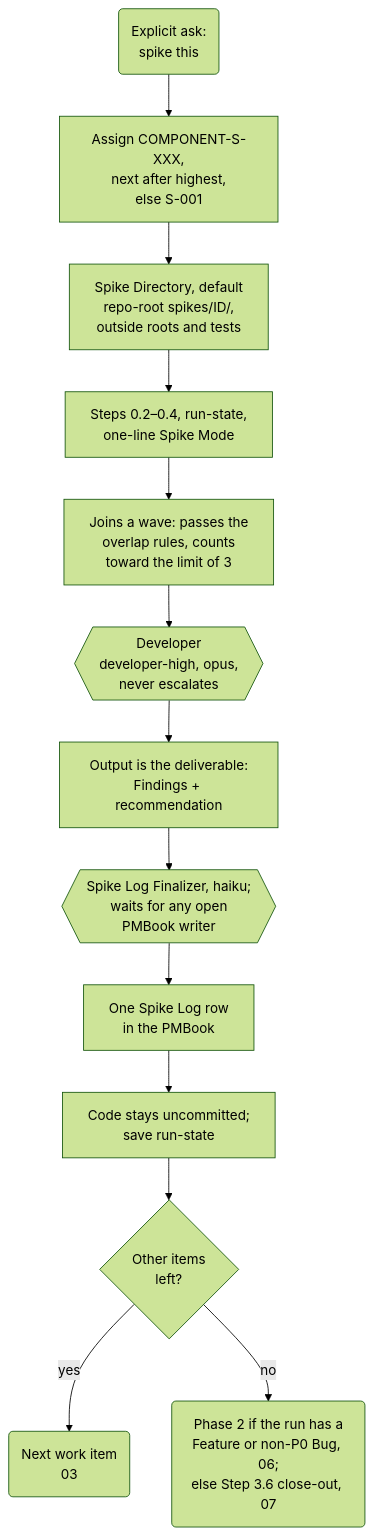
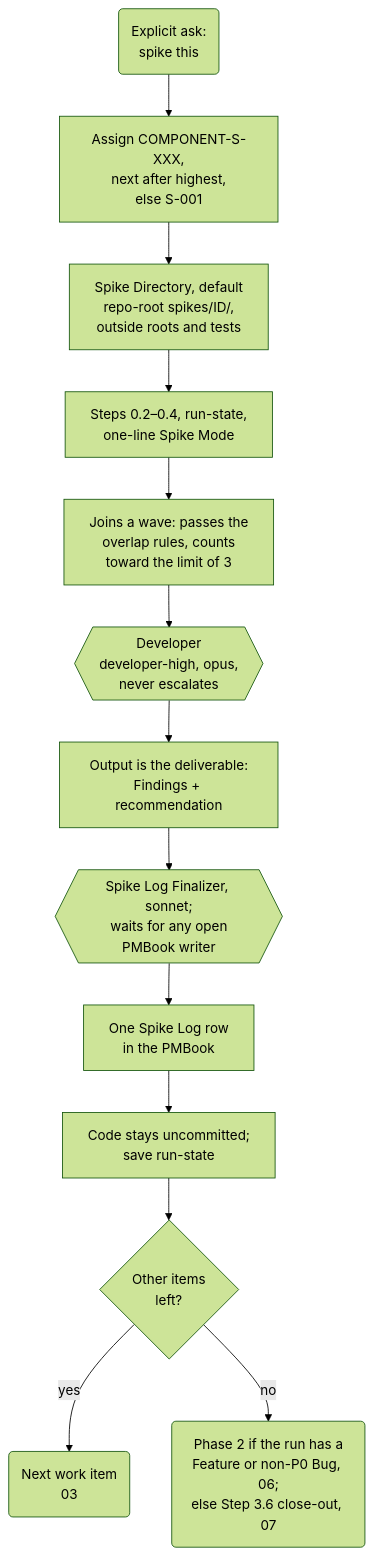
One commit to muhammedalikhan86/claude-stash changed the first of 2 diagrams in skills/plugin-orchestrator-development-pattern/mermaid/08-spike-and-p0.md. Above: the diagram before and after it, drawn with Mermaid (forest theme). The commit also changed 41 other files, not shown here.

````diff
--- a/skills/plugin-orchestrator-development-pattern/mermaid/08-spike-and-p0.md
+++ b/skills/plugin-orchestrator-development-pattern/mermaid/08-spike-and-p0.md
@@ -7,15 +7,15 @@
 ```mermaid
 flowchart TD
     S0("Explicit ask:<br/>spike this") --> ID["Assign COMPONENT-S-XXX,<br/>next after highest,<br/>else S-001"]
     ID --> Dir["Spike Directory, default<br/>repo-root spikes/ID/,<br/>outside roots and tests"]
     Dir --> Ann["Steps 0.2–0.4, run-state,<br/>one-line Spike Mode"]
     Ann --> Wave["Joins a wave: passes the<br/>overlap rules, counts<br/>toward the limit of 3"]
     Wave --> Dev{{"Developer<br/>developer-high, opus,<br/>never escalates"}}
     Dev --> Out["Output is the deliverable:<br/>Findings + recommendation"]
-    Out --> Fin{{"Spike Log Finalizer, haiku;<br/>waits for any open<br/>PMBook writer"}}
+    Out --> Fin{{"Spike Log Finalizer, sonnet;<br/>waits for any open<br/>PMBook writer"}}
     Fin --> Row["One Spike Log row<br/>in the PMBook"]
     Row --> Keep["Code stays uncommitted;<br/>save run-state"]
     Keep --> More{"Other items<br/>left?"}
     More -->|"yes"| Next("Next work item<br/>03")
     More -->|"no"| Close("Phase 2 if the run has a<br/>Feature or non-P0 Bug, 06;<br/>else Step 3.6 close-out, 07")
 ```
````
